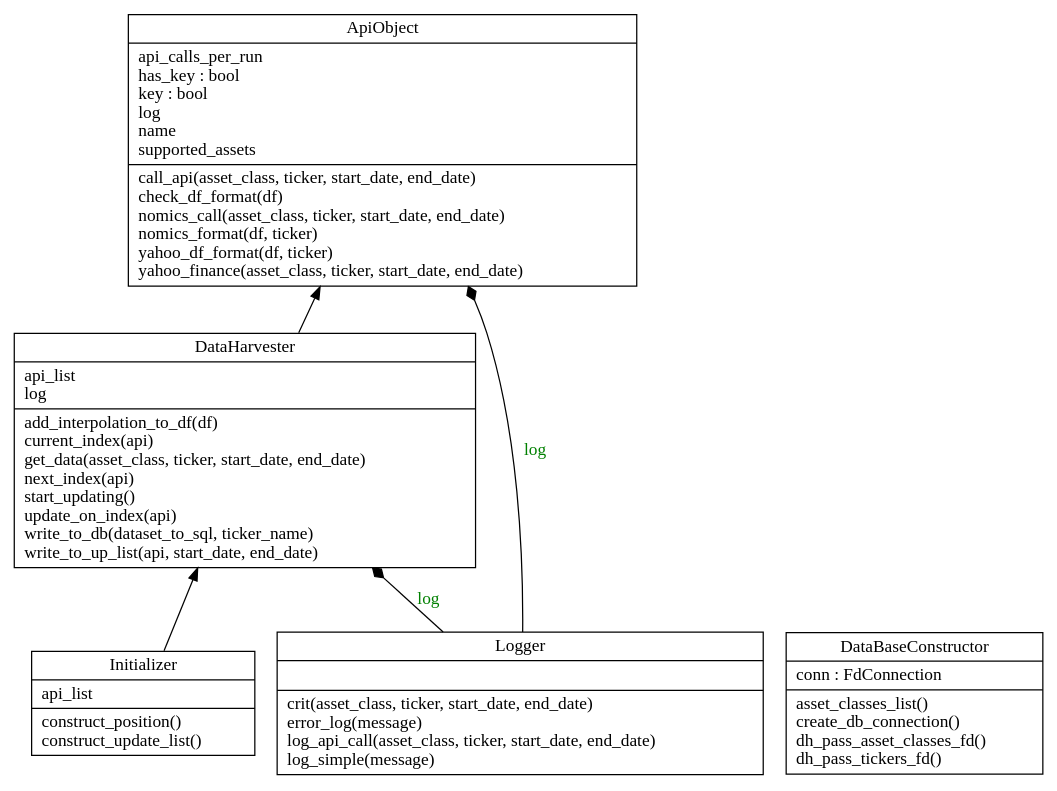
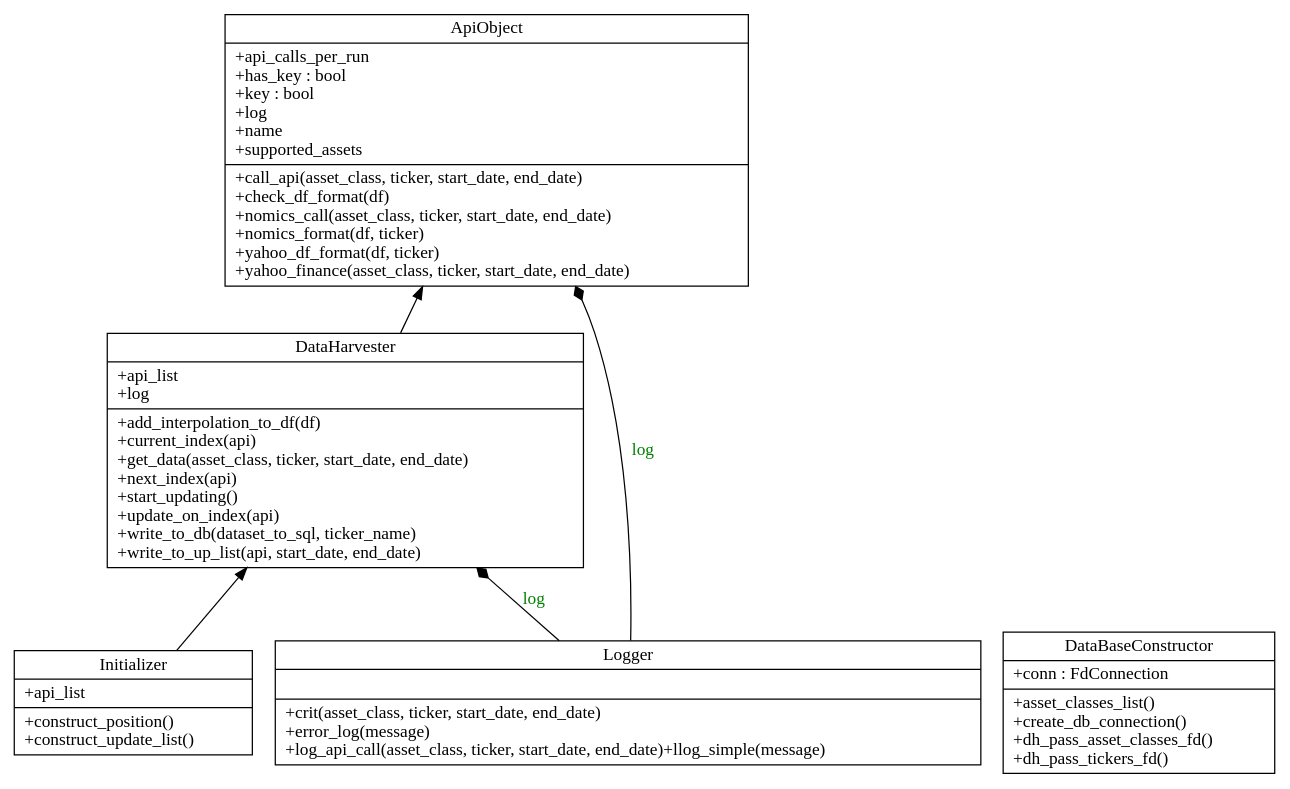
The diagram in Report/uml/classes_dhav_core.dot (Veluga/Thalia-Backtesting-Tool), drawn with Graphviz before and after one commit. The commit also changed 1 other file, not shown here.

```diff
--- a/Report/uml/classes_dhav_core.dot
+++ b/Report/uml/classes_dhav_core.dot
@@ -1,13 +1,13 @@
 digraph "classes_dhav_core" {
 charset="utf-8"
 rankdir=BT
-"0" [label="{ApiObject|api_calls_per_run\lhas_key : bool\lkey : bool\llog\lname\lsupported_assets\l|call_api(asset_class, ticker, start_date, end_date)\lcheck_df_format(df)\lnomics_call(asset_class, ticker, start_date, end_date)\lnomics_format(df, ticker)\lyahoo_df_format(df, ticker)\lyahoo_finance(asset_class, ticker, start_date, end_date)\l}", shape="record"];
-"1" [label="{DataBaseConstructor|conn : FdConnection\l|asset_classes_list()\lcreate_db_connection()\ldh_pass_asset_classes_fd()\ldh_pass_tickers_fd()\l}", shape="record"];
-"2" [label="{DataHarvester|api_list\llog\l|add_interpolation_to_df(df)\lcurrent_index(api)\lget_data(asset_class, ticker, start_date, end_date)\lnext_index(api)\lstart_updating()\lupdate_on_index(api)\lwrite_to_db(dataset_to_sql, ticker_name)\lwrite_to_up_list(api, start_date, end_date)\l}", shape="record"];
-"3" [label="{Initializer|api_list\l|construct_position()\lconstruct_update_list()\l}", shape="record"];
-"4" [label="{Logger|\l|crit(asset_class, ticker, start_date, end_date)\lerror_log(message)\llog_api_call(asset_class, ticker, start_date, end_date)\llog_simple(message)\l}", shape="record"];
+"0" [label="{ApiObject|+api_calls_per_run\l+has_key : bool\l+key : bool\l+log\l+name\l+supported_assets\l|+call_api(asset_class, ticker, start_date, end_date)\l+check_df_format(df)\l+nomics_call(asset_class, ticker, start_date, end_date)\l+nomics_format(df, ticker)\l+yahoo_df_format(df, ticker)\l+yahoo_finance(asset_class, ticker, start_date, end_date)\l}", shape="record"];
+"1" [label="{DataBaseConstructor|+conn : FdConnection\l|+asset_classes_list()\l+create_db_connection()\l+dh_pass_asset_classes_fd()\l+dh_pass_tickers_fd()\l}", shape="record"];
+"2" [label="{DataHarvester|+api_list\l+log\l|+add_interpolation_to_df(df)\l+current_index(api)\l+get_data(asset_class, ticker, start_date, end_date)\l+next_index(api)\l+start_updating()\l+update_on_index(api)\l+write_to_db(dataset_to_sql, ticker_name)\l+write_to_up_list(api, start_date, end_date)\l}", shape="record"];
+"3" [label="{Initializer|+api_list\l|+construct_position()\l+construct_update_list()\l}", shape="record"];
+"4" [label="{Logger|\l|+crit(asset_class, ticker, start_date, end_date)\l+error_log(message)\l+log_api_call(asset_class, ticker, start_date, end_date)\+llog_simple(message)\l}", shape="record"];
 "4" -> "0" [arrowhead="diamond", arrowtail="none", fontcolor="green", label="log", style="solid"];
 "4" -> "2" [arrowhead="diamond", arrowtail="none", fontcolor="green", label="log", style="solid"];
 "3" -> "2" [arrowhead="normal", arrowtail="none", style="solid"];
 "2" -> "0" [arrowhead="normal", arrowtail="none", style="solid"];
 }
```
